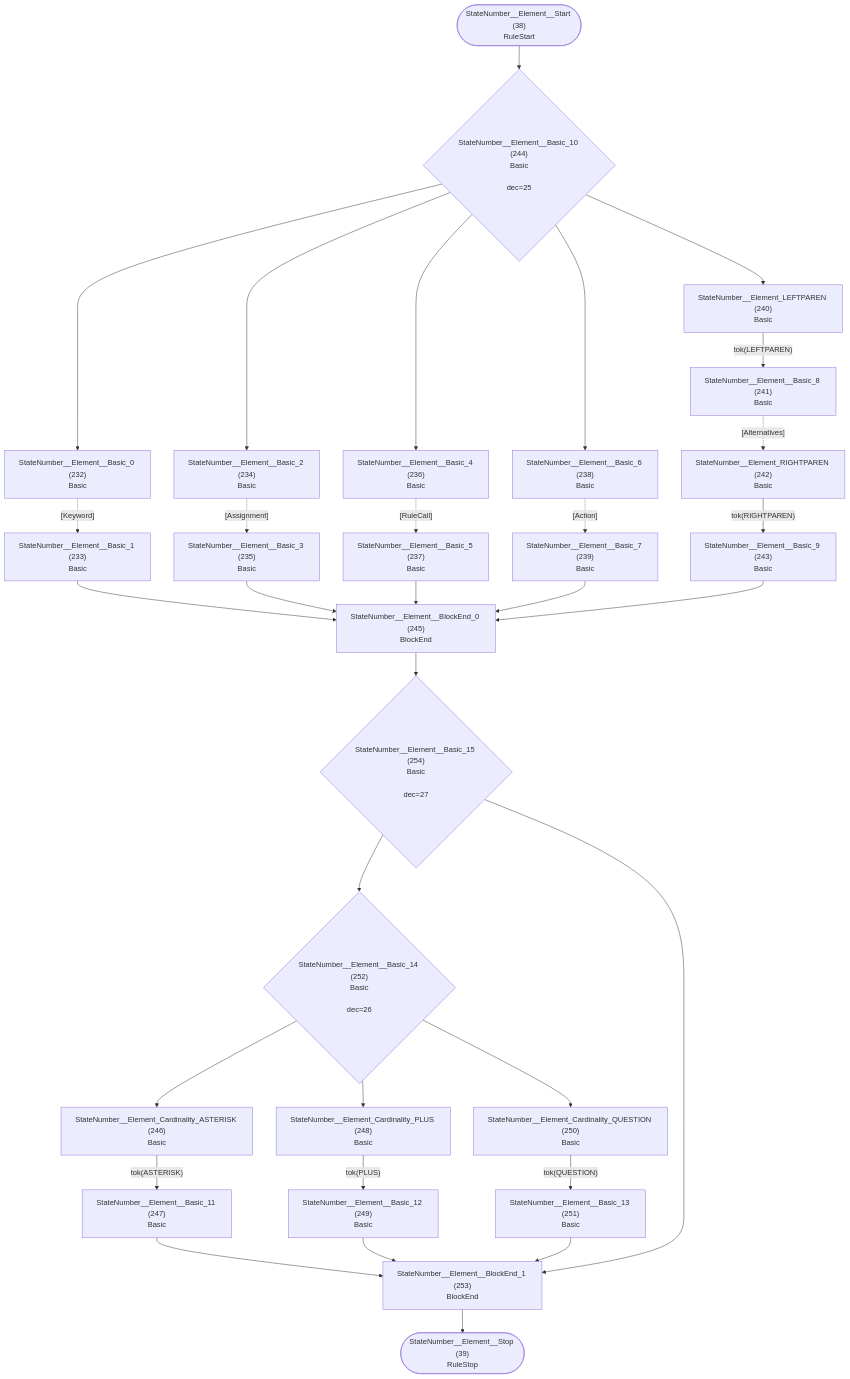
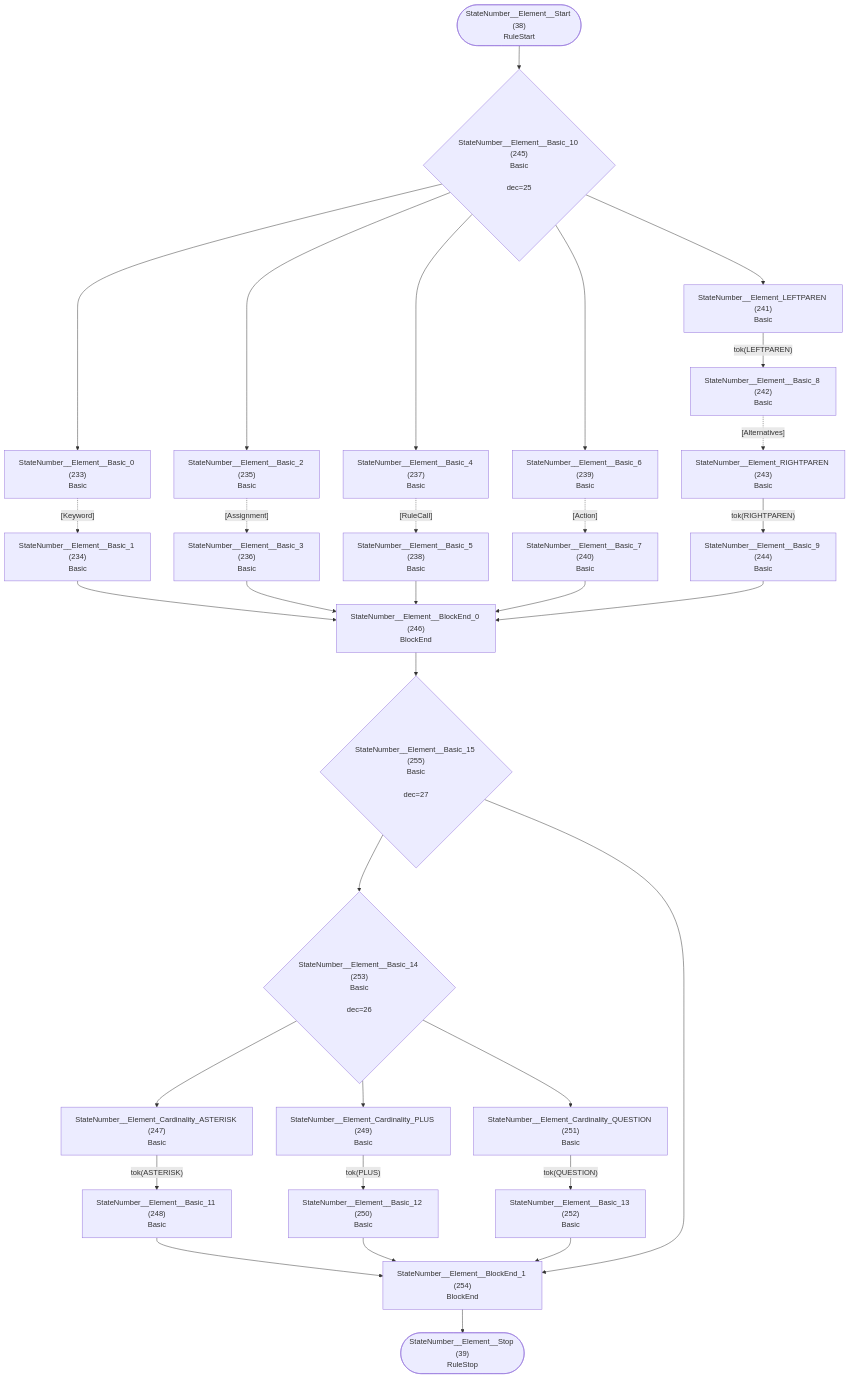
Before and after one commit to TypeFox/fastbelt: diagram 20 of 32 in internal/grammar/atn.md, drawn with Mermaid. The commit also changed other lines of this file and 6 other files, not shown here.

````diff
--- a/internal/grammar/atn.md
+++ b/internal/grammar/atn.md
@@ -564,60 +566,60 @@
 ```mermaid
 flowchart TD
     q38(["StateNumber__Element__Start (38)<br/>RuleStart"])
     q39(["StateNumber__Element__Stop (39)<br/>RuleStop"])
-    q232["StateNumber__Element__Basic_0 (232)<br/>Basic<br/>"]
-    q233["StateNumber__Element__Basic_1 (233)<br/>Basic<br/>"]
-    q234["StateNumber__Element__Basic_2 (234)<br/>Basic<br/>"]
-    q235["StateNumber__Element__Basic_3 (235)<br/>Basic<br/>"]
-    q236["StateNumber__Element__Basic_4 (236)<br/>Basic<br/>"]
-    q237["StateNumber__Element__Basic_5 (237)<br/>Basic<br/>"]
-    q238["StateNumber__Element__Basic_6 (238)<br/>Basic<br/>"]
-    q239["StateNumber__Element__Basic_7 (239)<br/>Basic<br/>"]
-    q240["StateNumber__Element_LEFTPAREN (240)<br/>Basic<br/>"]
-    q241["StateNumber__Element__Basic_8 (241)<br/>Basic<br/>"]
-    q242["StateNumber__Element_RIGHTPAREN (242)<br/>Basic<br/>"]
-    q243["StateNumber__Element__Basic_9 (243)<br/>Basic<br/>"]
-    q244{"StateNumber__Element__Basic_10 (244)<br/>Basic<br/><br/>dec=25"}
-    q245["StateNumber__Element__BlockEnd_0 (245)<br/>BlockEnd<br/>"]
-    q246["StateNumber__Element_Cardinality_ASTERISK (246)<br/>Basic<br/>"]
-    q247["StateNumber__Element__Basic_11 (247)<br/>Basic<br/>"]
-    q248["StateNumber__Element_Cardinality_PLUS (248)<br/>Basic<br/>"]
-    q249["StateNumber__Element__Basic_12 (249)<br/>Basic<br/>"]
-    q250["StateNumber__Element_Cardinality_QUESTION (250)<br/>Basic<br/>"]
-    q251["StateNumber__Element__Basic_13 (251)<br/>Basic<br/>"]
-    q252{"StateNumber__Element__Basic_14 (252)<br/>Basic<br/><br/>dec=26"}
-    q253["StateNumber__Element__BlockEnd_1 (253)<br/>BlockEnd<br/>"]
-    q254{"StateNumber__Element__Basic_15 (254)<br/>Basic<br/><br/>dec=27"}
+    q233["StateNumber__Element__Basic_0 (233)<br/>Basic<br/>"]
+    q234["StateNumber__Element__Basic_1 (234)<br/>Basic<br/>"]
+    q235["StateNumber__Element__Basic_2 (235)<br/>Basic<br/>"]
+    q236["StateNumber__Element__Basic_3 (236)<br/>Basic<br/>"]
+    q237["StateNumber__Element__Basic_4 (237)<br/>Basic<br/>"]
+    q238["StateNumber__Element__Basic_5 (238)<br/>Basic<br/>"]
+    q239["StateNumber__Element__Basic_6 (239)<br/>Basic<br/>"]
+    q240["StateNumber__Element__Basic_7 (240)<br/>Basic<br/>"]
+    q241["StateNumber__Element_LEFTPAREN (241)<br/>Basic<br/>"]
+    q242["StateNumber__Element__Basic_8 (242)<br/>Basic<br/>"]
+    q243["StateNumber__Element_RIGHTPAREN (243)<br/>Basic<br/>"]
+    q244["StateNumber__Element__Basic_9 (244)<br/>Basic<br/>"]
+    q245{"StateNumber__Element__Basic_10 (245)<br/>Basic<br/><br/>dec=25"}
+    q246["StateNumber__Element__BlockEnd_0 (246)<br/>BlockEnd<br/>"]
+    q247["StateNumber__Element_Cardinality_ASTERISK (247)<br/>Basic<br/>"]
+    q248["StateNumber__Element__Basic_11 (248)<br/>Basic<br/>"]
+    q249["StateNumber__Element_Cardinality_PLUS (249)<br/>Basic<br/>"]
+    q250["StateNumber__Element__Basic_12 (250)<br/>Basic<br/>"]
+    q251["StateNumber__Element_Cardinality_QUESTION (251)<br/>Basic<br/>"]
+    q252["StateNumber__Element__Basic_13 (252)<br/>Basic<br/>"]
+    q253{"StateNumber__Element__Basic_14 (253)<br/>Basic<br/><br/>dec=26"}
+    q254["StateNumber__Element__BlockEnd_1 (254)<br/>BlockEnd<br/>"]
+    q255{"StateNumber__Element__Basic_15 (255)<br/>Basic<br/><br/>dec=27"}
 
-    q38 --> q244
-    q232 -.->|"[Keyword]"| q233
-    q233 --> q245
-    q234 -.->|"[Assignment]"| q235
-    q235 --> q245
-    q236 -.->|"[RuleCall]"| q237
-    q237 --> q245
-    q238 -.->|"[Action]"| q239
-    q239 --> q245
-    q240 -->|"tok(LEFTPAREN)"| q241
-    q241 -.->|"[Alternatives]"| q242
-    q242 -->|"tok(RIGHTPAREN)"| q243
-    q243 --> q245
-    q244 --> q232
-    q244 --> q234
-    q244 --> q236
-    q244 --> q238
-    q244 --> q240
-    q245 --> q254
-    q246 -->|"tok(ASTERISK)"| q247
-    q247 --> q253
-    q248 -->|"tok(PLUS)"| q249
-    q249 --> q253
-    q250 -->|"tok(QUESTION)"| q251
-    q251 --> q253
-    q252 --> q246
-    q252 --> q248
-    q252 --> q250
-    q253 --> q39
-    q254 --> q252
-    q254 --> q253
+    q38 --> q245
+    q233 -.->|"[Keyword]"| q234
+    q234 --> q246
+    q235 -.->|"[Assignment]"| q236
+    q236 --> q246
+    q237 -.->|"[RuleCall]"| q238
+    q238 --> q246
+    q239 -.->|"[Action]"| q240
+    q240 --> q246
+    q241 -->|"tok(LEFTPAREN)"| q242
+    q242 -.->|"[Alternatives]"| q243
+    q243 -->|"tok(RIGHTPAREN)"| q244
+    q244 --> q246
+    q245 --> q233
+    q245 --> q235
+    q245 --> q237
+    q245 --> q239
+    q245 --> q241
+    q246 --> q255
+    q247 -->|"tok(ASTERISK)"| q248
+    q248 --> q254
+    q249 -->|"tok(PLUS)"| q250
+    q250 --> q254
+    q251 -->|"tok(QUESTION)"| q252
+    q252 --> q254
+    q253 --> q247
+    q253 --> q249
+    q253 --> q251
+    q254 --> q39
+    q255 --> q253
+    q255 --> q254
 ```
````
